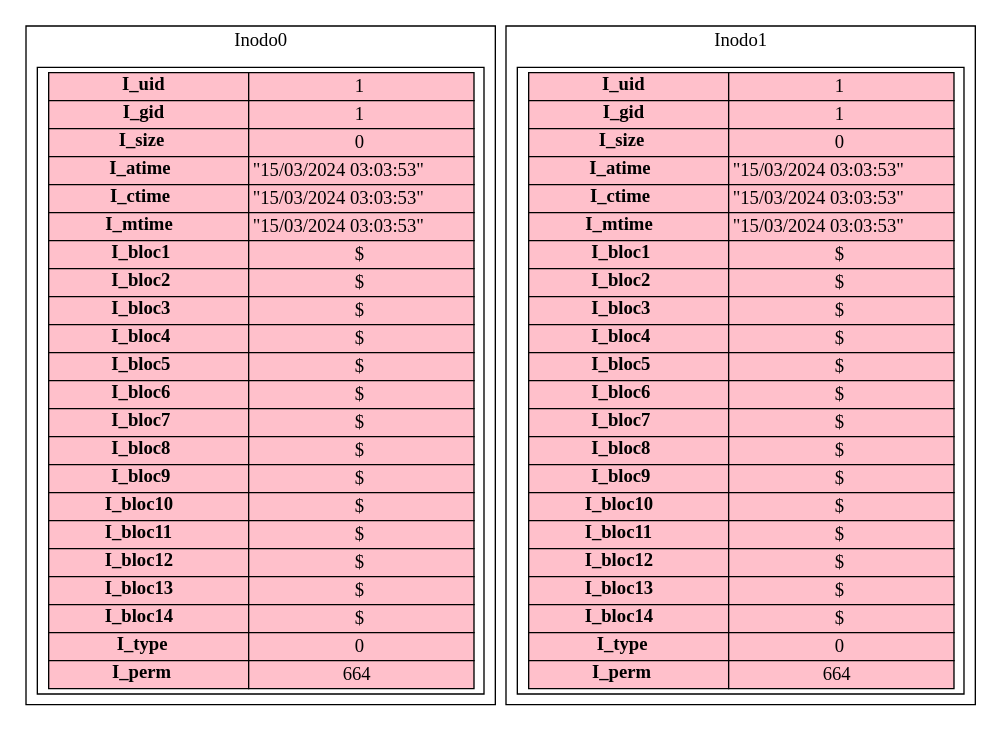
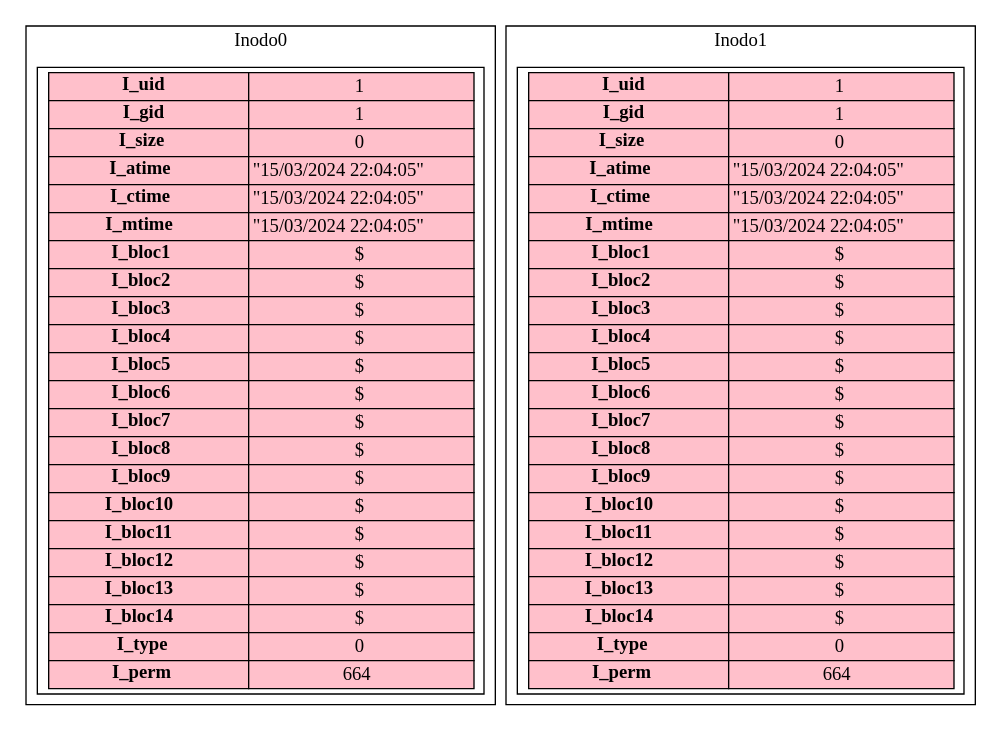
One commit to NatalyDuarte/MIA_P1_202001570 changed the diagram in Inodo.dot. Above: the diagram before and after it, drawn with Graphviz. The commit also changed 21 other files, not shown here.

```diff
--- a/Inodo.dot
+++ b/Inodo.dot
@@ -1,56 +1,56 @@
 digraph G{
 subgraph cluster_0{
  label="Inodo0"
 tbl_0[shape=box, label=<
 <table border='0' cellborder='1' cellspacing='0'  width='300' height='160' >
 <tr><td width='150' bgcolor="pink"><b>I_uid</b></td><td width='150' bgcolor="pink">1</td></tr>
 <tr><td width='150' bgcolor="pink"><b>I_gid</b></td><td width='150' bgcolor="pink">1</td></tr>
 <tr><td width='150' bgcolor="pink"><b>I_size</b></td><td width='150' bgcolor="pink">0</td></tr>
-<tr><td width='150' bgcolor="pink"><b>I_atime</b></td><td width='150' bgcolor="pink">"15/03/2024 03:03:53"</td></tr>
-<tr><td width='150' bgcolor="pink"><b>I_ctime</b></td><td width='150' bgcolor="pink">"15/03/2024 03:03:53"</td></tr>
-<tr><td width='150' bgcolor="pink"><b>I_mtime</b></td><td width='150' bgcolor="pink">"15/03/2024 03:03:53"</td></tr>
+<tr><td width='150' bgcolor="pink"><b>I_atime</b></td><td width='150' bgcolor="pink">"15/03/2024 22:04:05"</td></tr>
+<tr><td width='150' bgcolor="pink"><b>I_ctime</b></td><td width='150' bgcolor="pink">"15/03/2024 22:04:05"</td></tr>
+<tr><td width='150' bgcolor="pink"><b>I_mtime</b></td><td width='150' bgcolor="pink">"15/03/2024 22:04:05"</td></tr>
 <tr>  <td width='150' bgcolor="pink"><b>I_bloc1</b></td><td width='150' bgcolor="pink">$</td>  </tr>
 <tr>  <td width='150' bgcolor="pink"><b>I_bloc2</b></td><td width='150' bgcolor="pink">$</td>  </tr>
 <tr>  <td width='150' bgcolor="pink"><b>I_bloc3</b></td><td width='150' bgcolor="pink">$</td>  </tr>
 <tr>  <td width='150' bgcolor="pink"><b>I_bloc4</b></td><td width='150' bgcolor="pink">$</td>  </tr>
 <tr>  <td width='150' bgcolor="pink"><b>I_bloc5</b></td><td width='150' bgcolor="pink">$</td>  </tr>
 <tr>  <td width='150' bgcolor="pink"><b>I_bloc6</b></td><td width='150' bgcolor="pink">$</td>  </tr>
 <tr>  <td width='150' bgcolor="pink"><b>I_bloc7</b></td><td width='150' bgcolor="pink">$</td>  </tr>
 <tr>  <td width='150' bgcolor="pink"><b>I_bloc8</b></td><td width='150' bgcolor="pink">$</td>  </tr>
 <tr>  <td width='150' bgcolor="pink"><b>I_bloc9</b></td><td width='150' bgcolor="pink">$</td>  </tr>
 <tr>  <td width='150' bgcolor="pink"><b>I_bloc10</b></td><td width='150' bgcolor="pink">$</td>  </tr>
 <tr>  <td width='150' bgcolor="pink"><b>I_bloc11</b></td><td width='150' bgcolor="pink">$</td>  </tr>
 <tr>  <td width='150' bgcolor="pink"><b>I_bloc12</b></td><td width='150' bgcolor="pink">$</td>  </tr>
 <tr>  <td width='150' bgcolor="pink"><b>I_bloc13</b></td><td width='150' bgcolor="pink">$</td>  </tr>
 <tr>  <td width='150' bgcolor="pink"><b>I_bloc14</b></td><td width='150' bgcolor="pink">$</td>  </tr>
 <tr><td width='150' bgcolor="pink"><b>I_type</b></td><td width='150' bgcolor="pink">0</td></tr>
 <tr><td width='150' bgcolor="pink"><b>I_perm</b></td><td width='150' bgcolor="pink">664</td></tr>
 </table>>];}
 subgraph cluster_1{
  label="Inodo1"
 tbl_1[shape=box, label=<
 <table border='0' cellborder='1' cellspacing='0'  width='300' height='160' >
 <tr><td width='150' bgcolor="pink"><b>I_uid</b></td><td width='150' bgcolor="pink">1</td></tr>
 <tr><td width='150' bgcolor="pink"><b>I_gid</b></td><td width='150' bgcolor="pink">1</td></tr>
 <tr><td width='150' bgcolor="pink"><b>I_size</b></td><td width='150' bgcolor="pink">0</td></tr>
-<tr><td width='150' bgcolor="pink"><b>I_atime</b></td><td width='150' bgcolor="pink">"15/03/2024 03:03:53"</td></tr>
-<tr><td width='150' bgcolor="pink"><b>I_ctime</b></td><td width='150' bgcolor="pink">"15/03/2024 03:03:53"</td></tr>
-<tr><td width='150' bgcolor="pink"><b>I_mtime</b></td><td width='150' bgcolor="pink">"15/03/2024 03:03:53"</td></tr>
+<tr><td width='150' bgcolor="pink"><b>I_atime</b></td><td width='150' bgcolor="pink">"15/03/2024 22:04:05"</td></tr>
+<tr><td width='150' bgcolor="pink"><b>I_ctime</b></td><td width='150' bgcolor="pink">"15/03/2024 22:04:05"</td></tr>
+<tr><td width='150' bgcolor="pink"><b>I_mtime</b></td><td width='150' bgcolor="pink">"15/03/2024 22:04:05"</td></tr>
 <tr>  <td width='150' bgcolor="pink"><b>I_bloc1</b></td><td width='150' bgcolor="pink">$</td>  </tr>
 <tr>  <td width='150' bgcolor="pink"><b>I_bloc2</b></td><td width='150' bgcolor="pink">$</td>  </tr>
 <tr>  <td width='150' bgcolor="pink"><b>I_bloc3</b></td><td width='150' bgcolor="pink">$</td>  </tr>
 <tr>  <td width='150' bgcolor="pink"><b>I_bloc4</b></td><td width='150' bgcolor="pink">$</td>  </tr>
 <tr>  <td width='150' bgcolor="pink"><b>I_bloc5</b></td><td width='150' bgcolor="pink">$</td>  </tr>
 <tr>  <td width='150' bgcolor="pink"><b>I_bloc6</b></td><td width='150' bgcolor="pink">$</td>  </tr>
 <tr>  <td width='150' bgcolor="pink"><b>I_bloc7</b></td><td width='150' bgcolor="pink">$</td>  </tr>
 <tr>  <td width='150' bgcolor="pink"><b>I_bloc8</b></td><td width='150' bgcolor="pink">$</td>  </tr>
 <tr>  <td width='150' bgcolor="pink"><b>I_bloc9</b></td><td width='150' bgcolor="pink">$</td>  </tr>
 <tr>  <td width='150' bgcolor="pink"><b>I_bloc10</b></td><td width='150' bgcolor="pink">$</td>  </tr>
 <tr>  <td width='150' bgcolor="pink"><b>I_bloc11</b></td><td width='150' bgcolor="pink">$</td>  </tr>
 <tr>  <td width='150' bgcolor="pink"><b>I_bloc12</b></td><td width='150' bgcolor="pink">$</td>  </tr>
 <tr>  <td width='150' bgcolor="pink"><b>I_bloc13</b></td><td width='150' bgcolor="pink">$</td>  </tr>
 <tr>  <td width='150' bgcolor="pink"><b>I_bloc14</b></td><td width='150' bgcolor="pink">$</td>  </tr>
 <tr><td width='150' bgcolor="pink"><b>I_type</b></td><td width='150' bgcolor="pink">0</td></tr>
 <tr><td width='150' bgcolor="pink"><b>I_perm</b></td><td width='150' bgcolor="pink">664</td></tr>
 </table>>];}
 }
```
